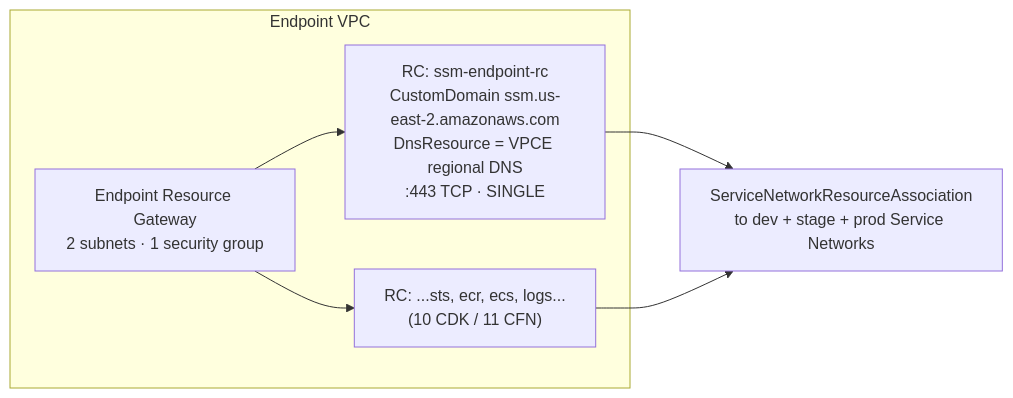
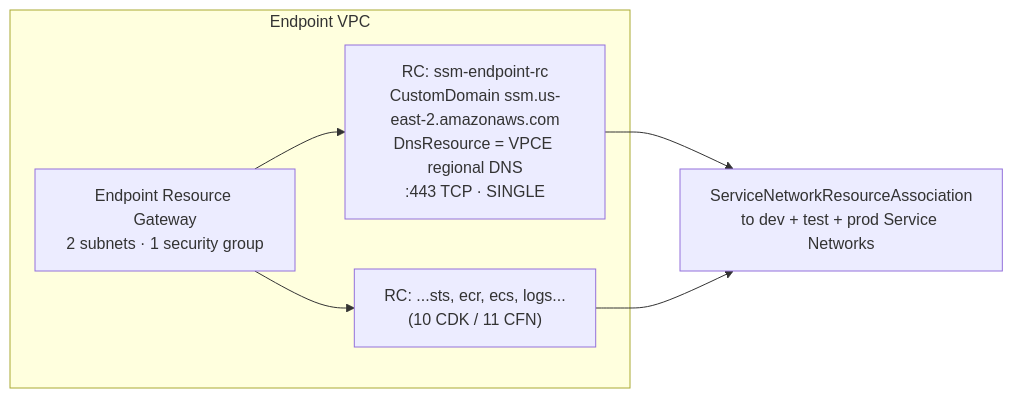
Before and after one commit to aws-samples/sample-vpc-lattice-multi-account-connectivity: the second of 6 diagrams in docs/03-architecture.md, drawn with Mermaid. The commit also changed other lines of this file and 50 other files, not shown here.

````diff
--- a/docs/03-architecture.md
+++ b/docs/03-architecture.md
@@ -137,13 +137,13 @@
 ```mermaid
 flowchart LR
     subgraph EPVPC["Endpoint VPC"]
         RG["Endpoint Resource Gateway<br/>2 subnets · 1 security group"]
         RC1["RC: ssm-endpoint-rc<br/>CustomDomain ssm.us-east-2.amazonaws.com<br/>DnsResource = VPCE regional DNS<br/>:443 TCP · SINGLE"]
         RCn["RC: ...sts, ecr, ecs, logs...<br/>(10 CDK / 11 CFN)"]
         RG --> RC1
         RG --> RCn
     end
     RC1 --> SNALL
     RCn --> SNALL
-    SNALL["ServiceNetworkResourceAssociation<br/>to dev + stage + prod Service Networks"]
+    SNALL["ServiceNetworkResourceAssociation<br/>to dev + test + prod Service Networks"]
 ```
````
